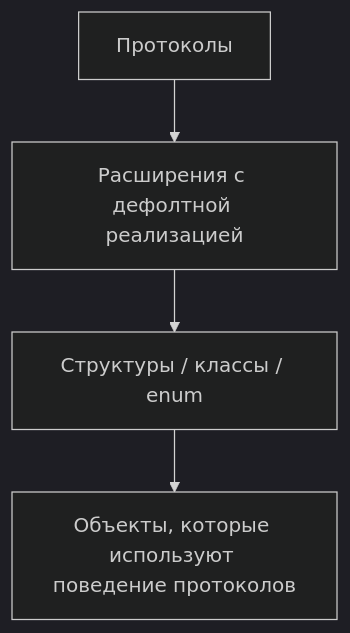
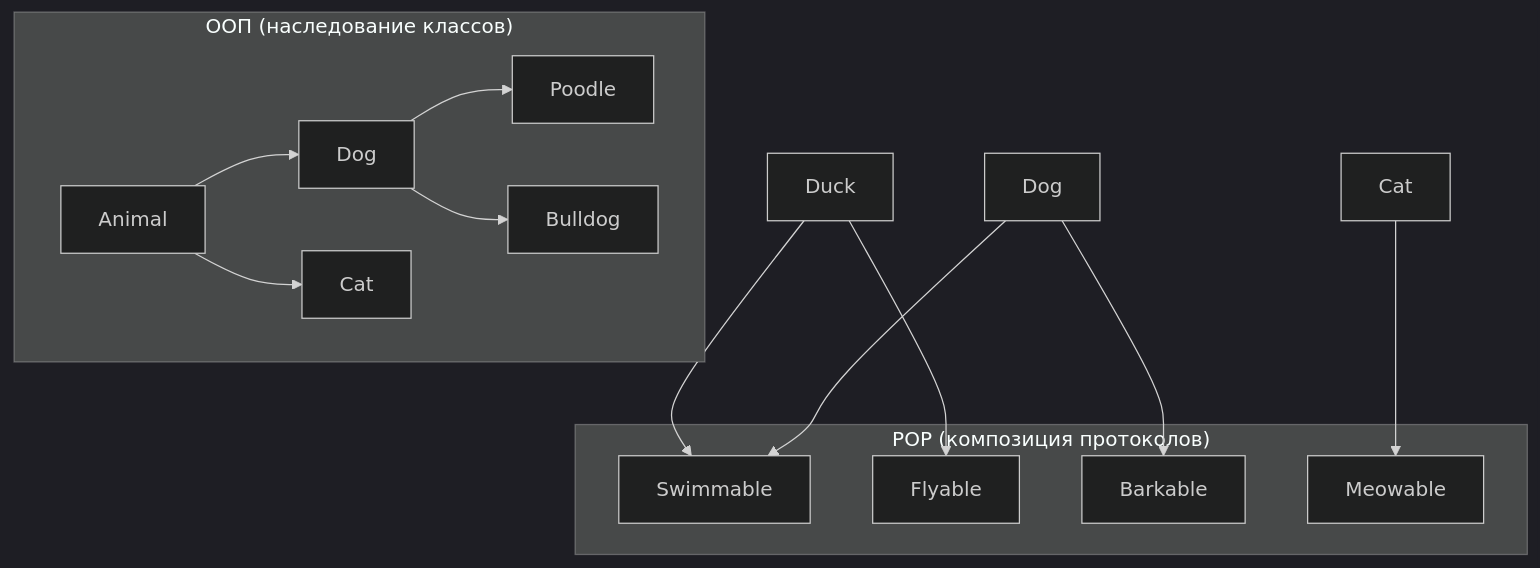
One commit to NuttyCheese/Obsidian changed the diagram in Swift/Теория/Общие вопросы/POP.md. Above: the diagram before and after it, drawn with Mermaid (dark theme). The commit also changed other lines of this file and 4 other files, not shown here.

````diff
--- a/Swift/Теория/Общие вопросы/POP.md
+++ b/Swift/Теория/Общие вопросы/POP.md
@@ -146,6 +23,22 @@
 ```mermaid
-flowchart TD
-    A[Протоколы] --> B[Расширения с дефолтной реализацией]
-    B --> C[Структуры / классы / enum]
-    C --> D[Объекты, которые используют поведение протоколов]
+graph TD
+    subgraph "ООП (наследование классов)"
+        A[Animal] --> B[Dog]
+        A --> C[Cat]
+        B --> D[Poodle]
+        B --> E[Bulldog]
+    end
+    
+    subgraph "POP (композиция протоколов)"
+        F[Swimmable]
+        G[Flyable]
+        H[Barkable]
+        I[Meowable]
+    end
+    
+    J[Duck] --> F
+    J --> G
+    K[Dog] --> F
+    K --> H
+    L[Cat] --> I
 ```
````
